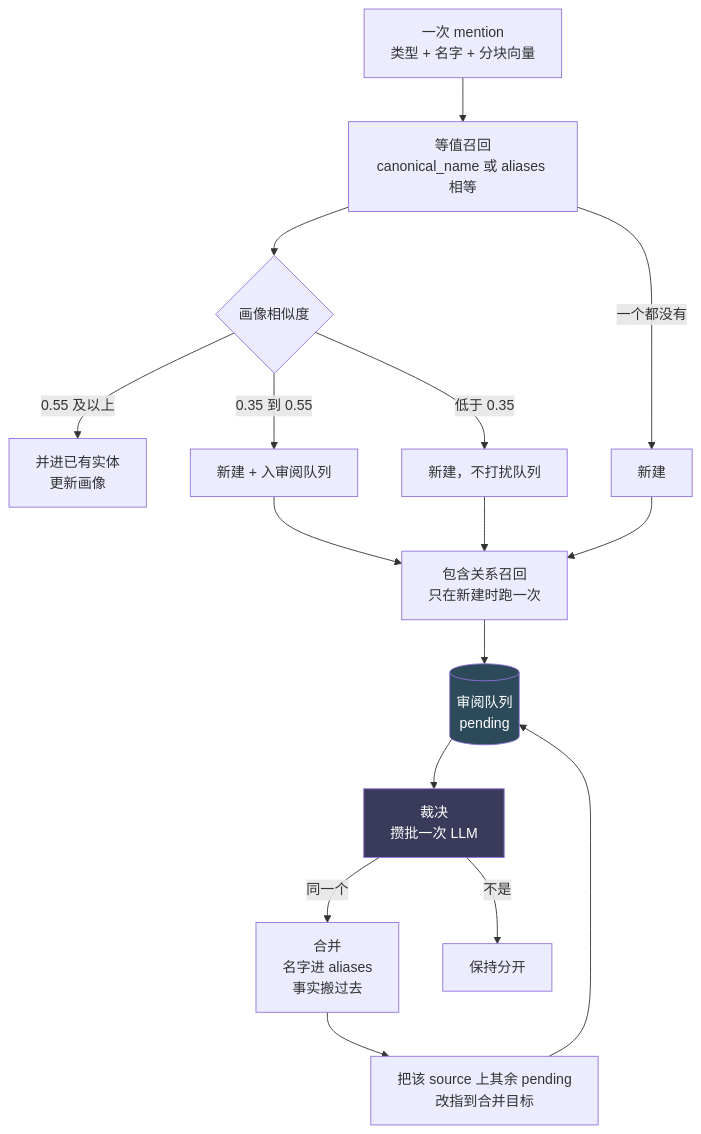
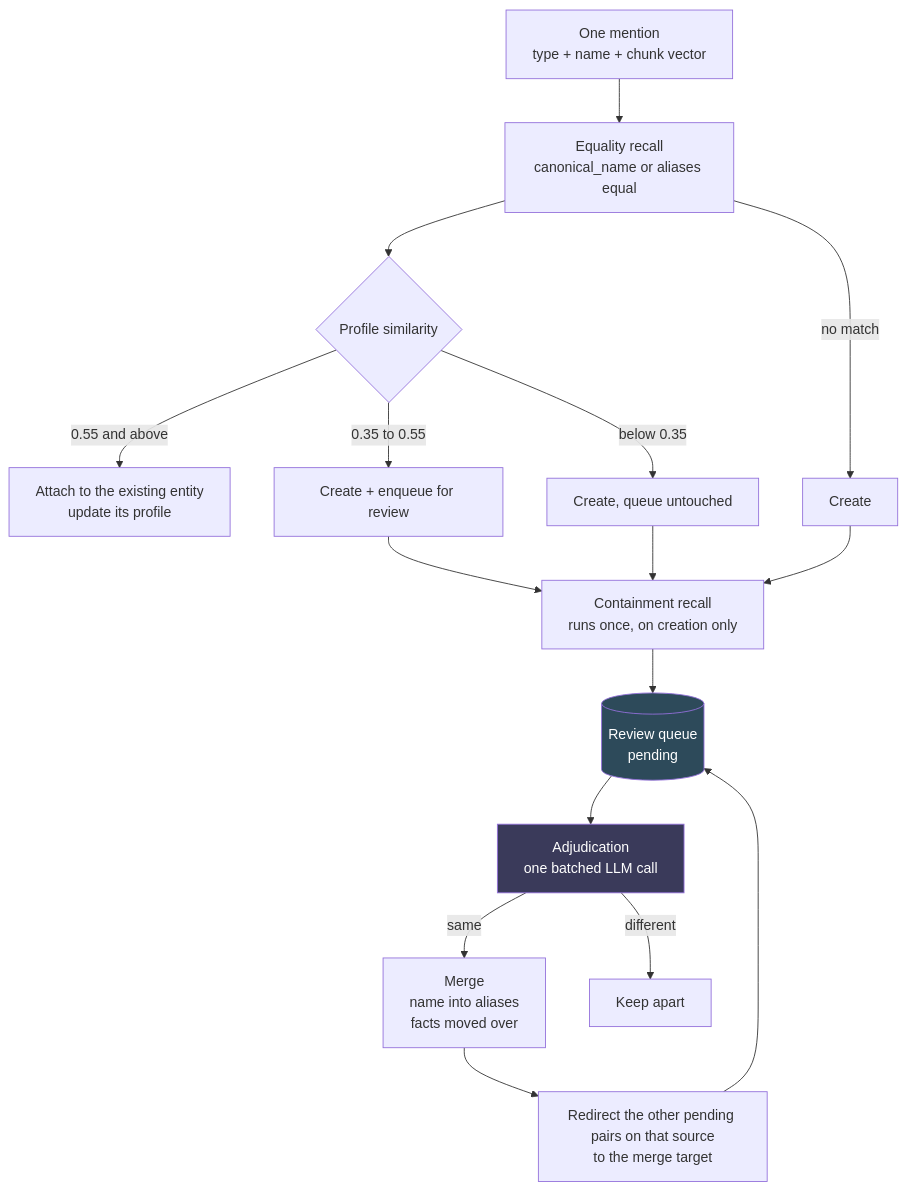
The third of 5 diagrams in docs/pipeline.md (Danmushu/utopia), drawn with Mermaid before and after one commit. The commit also changed other lines of this file and 18 other files, not shown here.

````diff
--- a/docs/pipeline.md
+++ b/docs/pipeline.md
@@ -120,21 +102,21 @@
 ```mermaid
 flowchart TB
-    M[一次 mention<br/>类型 + 名字 + 分块向量] --> EQ[等值召回<br/>canonical_name 或 aliases 相等]
-    EQ --> S{画像相似度}
-    S -->|0.55 及以上| ATT[并进已有实体<br/>更新画像]
-    S -->|0.35 到 0.55| NEW1[新建 + 入审阅队列]
-    S -->|低于 0.35| NEW2[新建，不打扰队列]
-    EQ -->|一个都没有| NEW3[新建]
+    M[One mention<br/>type + name + chunk vector] --> EQ[Equality recall<br/>canonical_name or aliases equal]
+    EQ --> S{Profile similarity}
+    S -->|0.55 and above| ATT[Attach to the existing entity<br/>update its profile]
+    S -->|0.35 to 0.55| NEW1[Create + enqueue for review]
+    S -->|below 0.35| NEW2[Create, queue untouched]
+    EQ -->|no match| NEW3[Create]
     NEW1 --> CT
     NEW2 --> CT
-    NEW3 --> CT[包含关系召回<br/>只在新建时跑一次]
-    CT --> Q[(审阅队列<br/>pending)]
-    Q --> AD[裁决<br/>攒批一次 LLM]
-    AD -->|同一个| ME[合并<br/>名字进 aliases<br/>事实搬过去]
-    AD -->|不是| KP[保持分开]
-    ME --> RD[把该 source 上其余 pending<br/>改指到合并目标]
+    NEW3 --> CT[Containment recall<br/>runs once, on creation only]
+    CT --> Q[(Review queue<br/>pending)]
+    Q --> AD[Adjudication<br/>one batched LLM call]
+    AD -->|same| ME[Merge<br/>name into aliases<br/>facts moved over]
+    AD -->|different| KP[Keep apart]
+    ME --> RD[Redirect the other pending pairs on that source<br/>to the merge target]
     RD --> Q
 
     style AD fill:#3a3a5a,color:#fff
     style Q fill:#2d4a5a,color:#fff
 ```
````
